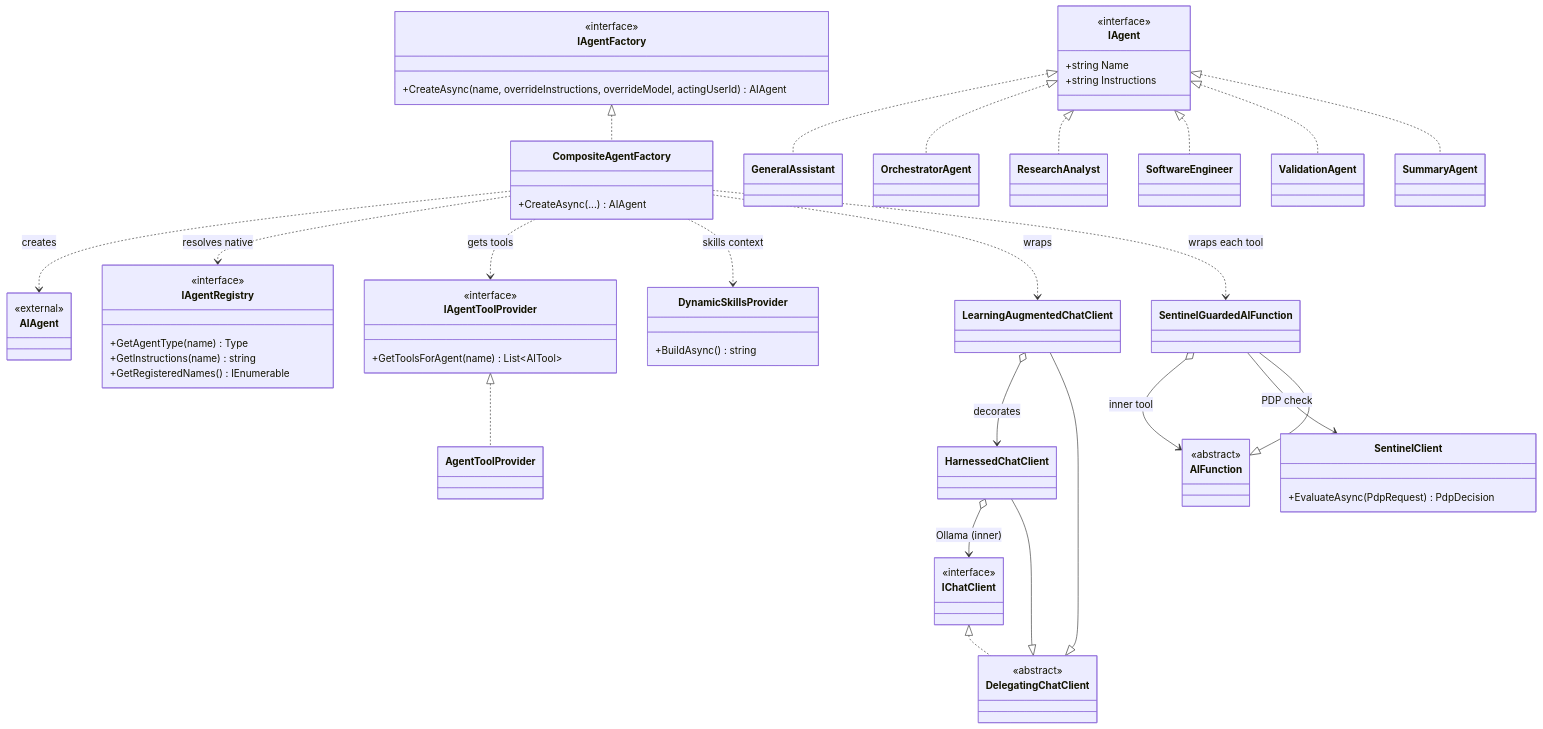
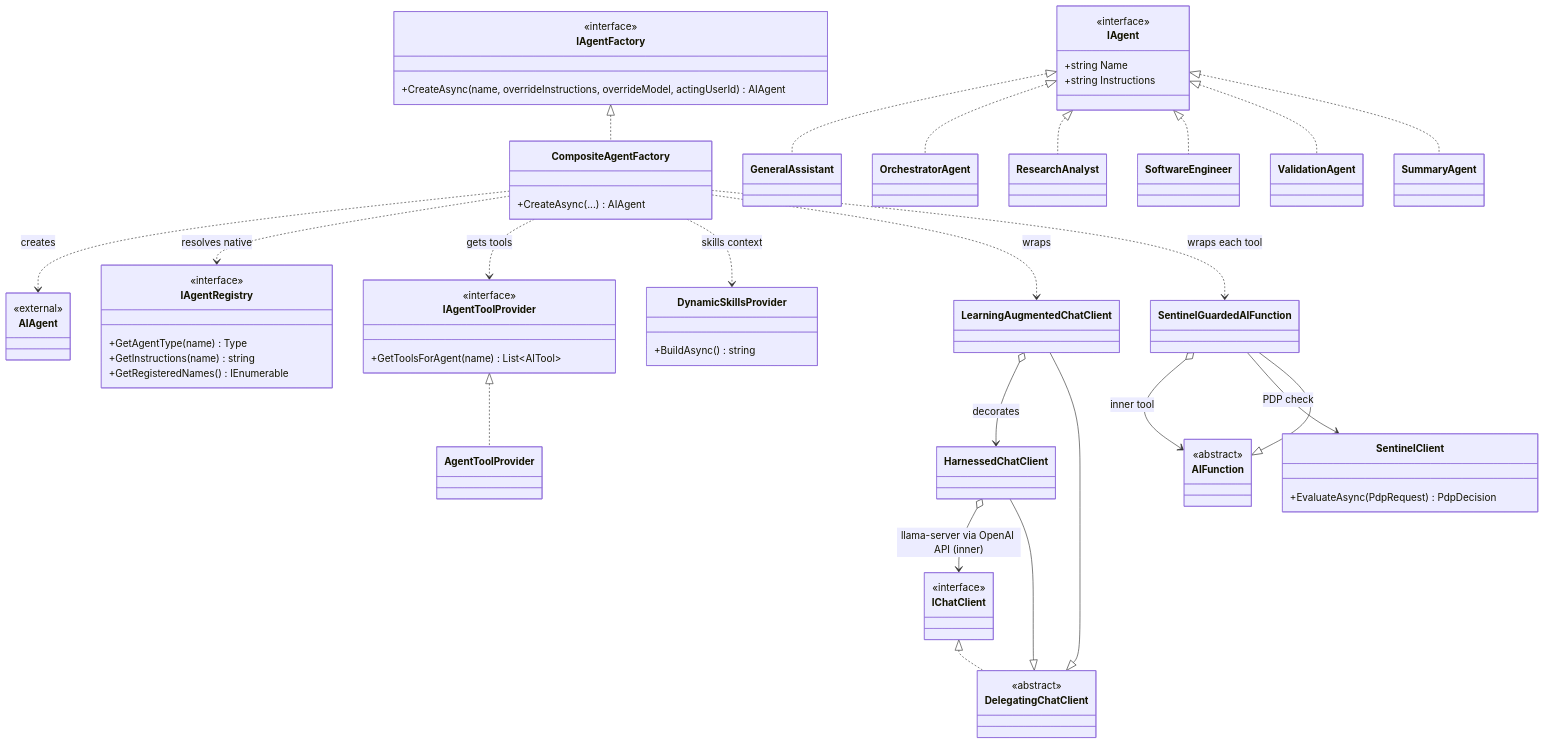
Before and after one commit to mihailshterev/sentium: the diagram in docs/diagrams/structure-e-class-agent-construction.md, drawn with Mermaid. The commit also changed 108 other files, not shown here.

````diff
--- a/docs/diagrams/structure-e-class-agent-construction.md
+++ b/docs/diagrams/structure-e-class-agent-construction.md
@@ -1,82 +1,82 @@
 ```mermaid
 classDiagram
     class IAgentFactory {
         <<interface>>
         +CreateAsync(name, overrideInstructions, overrideModel, actingUserId) AIAgent
     }
     class CompositeAgentFactory {
         +CreateAsync(...) AIAgent
     }
 
     class IAgent {
         <<interface>>
         +string Name
         +string Instructions
     }
     class GeneralAssistant
     class OrchestratorAgent
     class ResearchAnalyst
     class SoftwareEngineer
     class ValidationAgent
     class SummaryAgent
 
     class IAgentRegistry {
         <<interface>>
         +GetAgentType(name) Type
         +GetInstructions(name) string
         +GetRegisteredNames() IEnumerable
     }
     class IAgentToolProvider {
         <<interface>>
         +GetToolsForAgent(name) List~AITool~
     }
     class DynamicSkillsProvider {
         +BuildAsync() string
     }
 
     class IChatClient {
         <<interface>>
     }
     class DelegatingChatClient {
         <<abstract>>
     }
     class HarnessedChatClient
     class LearningAugmentedChatClient
 
     class AIFunction {
         <<abstract>>
     }
     class SentinelGuardedAIFunction
     class SentinelClient {
         +EvaluateAsync(PdpRequest) PdpDecision
     }
     class AIAgent {
         <<external>>
     }
 
     IAgentFactory <|.. CompositeAgentFactory
     IAgent <|.. GeneralAssistant
     IAgent <|.. OrchestratorAgent
     IAgent <|.. ResearchAnalyst
     IAgent <|.. SoftwareEngineer
     IAgent <|.. ValidationAgent
     IAgent <|.. SummaryAgent
     IAgentToolProvider <|.. AgentToolProvider
 
     IChatClient <|.. DelegatingChatClient
     DelegatingChatClient <|-- HarnessedChatClient
     DelegatingChatClient <|-- LearningAugmentedChatClient
     AIFunction <|-- SentinelGuardedAIFunction
 
     CompositeAgentFactory ..> AIAgent : creates
     CompositeAgentFactory ..> IAgentRegistry : resolves native
     CompositeAgentFactory ..> IAgentToolProvider : gets tools
     CompositeAgentFactory ..> DynamicSkillsProvider : skills context
     CompositeAgentFactory ..> LearningAugmentedChatClient : wraps
     CompositeAgentFactory ..> SentinelGuardedAIFunction : wraps each tool
 
     LearningAugmentedChatClient o--> HarnessedChatClient : decorates
-    HarnessedChatClient o--> IChatClient : Ollama (inner)
+    HarnessedChatClient o--> IChatClient : llama-server via OpenAI API (inner)
     SentinelGuardedAIFunction o--> AIFunction : inner tool
     SentinelGuardedAIFunction --> SentinelClient : PDP check
 ```
````
